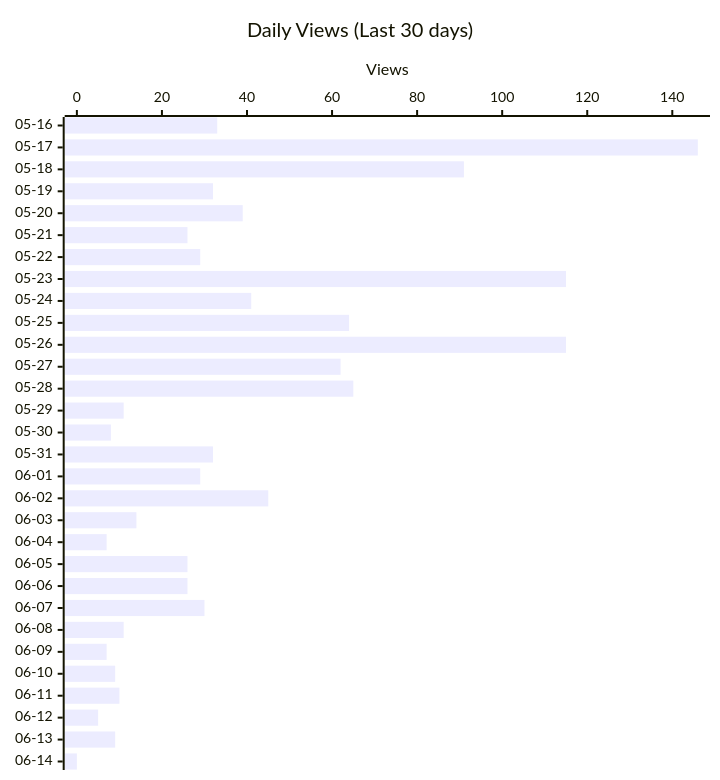
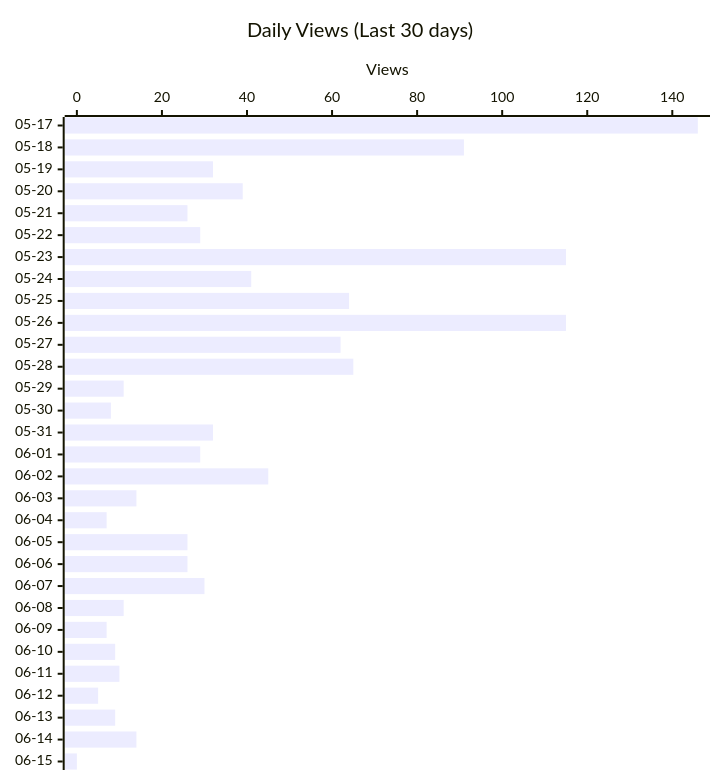
One commit to shigechika/github-insights changed the second of 3 diagrams in README.md. Above: the diagram before and after it, drawn with Mermaid. The commit also changed other lines of this file and 2 other files, not shown here.

````diff
--- a/README.md
+++ b/README.md
@@ -28,12 +28,12 @@
 ```mermaid
 ---
 config:
   xyChart:
     height: 760
 ---
 xychart-beta horizontal
     title "Daily Views (Last 30 days)"
-    x-axis ["05-16", "05-17", "05-18", "05-19", "05-20", "05-21", "05-22", "05-23", "05-24", "05-25", "05-26", "05-27", "05-28", "05-29", "05-30", "05-31", "06-01", "06-02", "06-03", "06-04", "06-05", "06-06", "06-07", "06-08", "06-09", "06-10", "06-11", "06-12", "06-13", "06-14"]
+    x-axis ["05-17", "05-18", "05-19", "05-20", "05-21", "05-22", "05-23", "05-24", "05-25", "05-26", "05-27", "05-28", "05-29", "05-30", "05-31", "06-01", "06-02", "06-03", "06-04", "06-05", "06-06", "06-07", "06-08", "06-09", "06-10", "06-11", "06-12", "06-13", "06-14", "06-15"]
     y-axis "Views"
-    bar [33, 146, 91, 32, 39, 26, 29, 115, 41, 64, 115, 62, 65, 11, 8, 32, 29, 45, 14, 7, 26, 26, 30, 11, 7, 9, 10, 5, 9, 0]
+    bar [146, 91, 32, 39, 26, 29, 115, 41, 64, 115, 62, 65, 11, 8, 32, 29, 45, 14, 7, 26, 26, 30, 11, 7, 9, 10, 5, 9, 14, 0]
 ```
````
